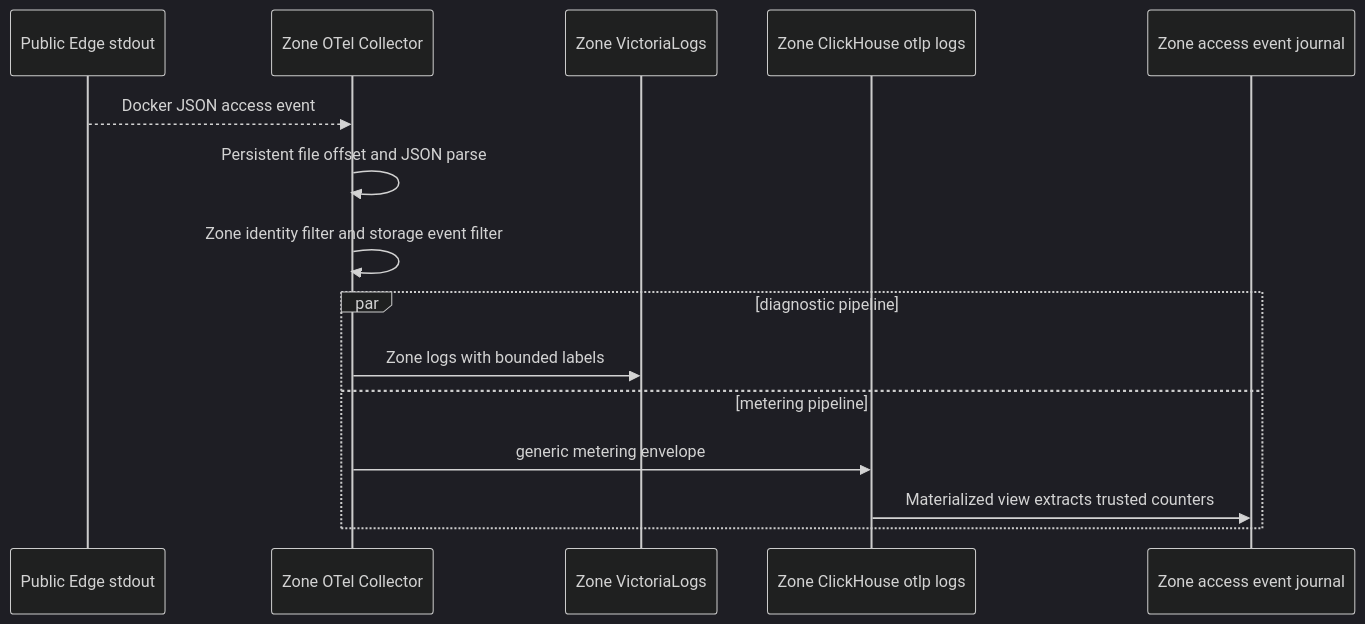
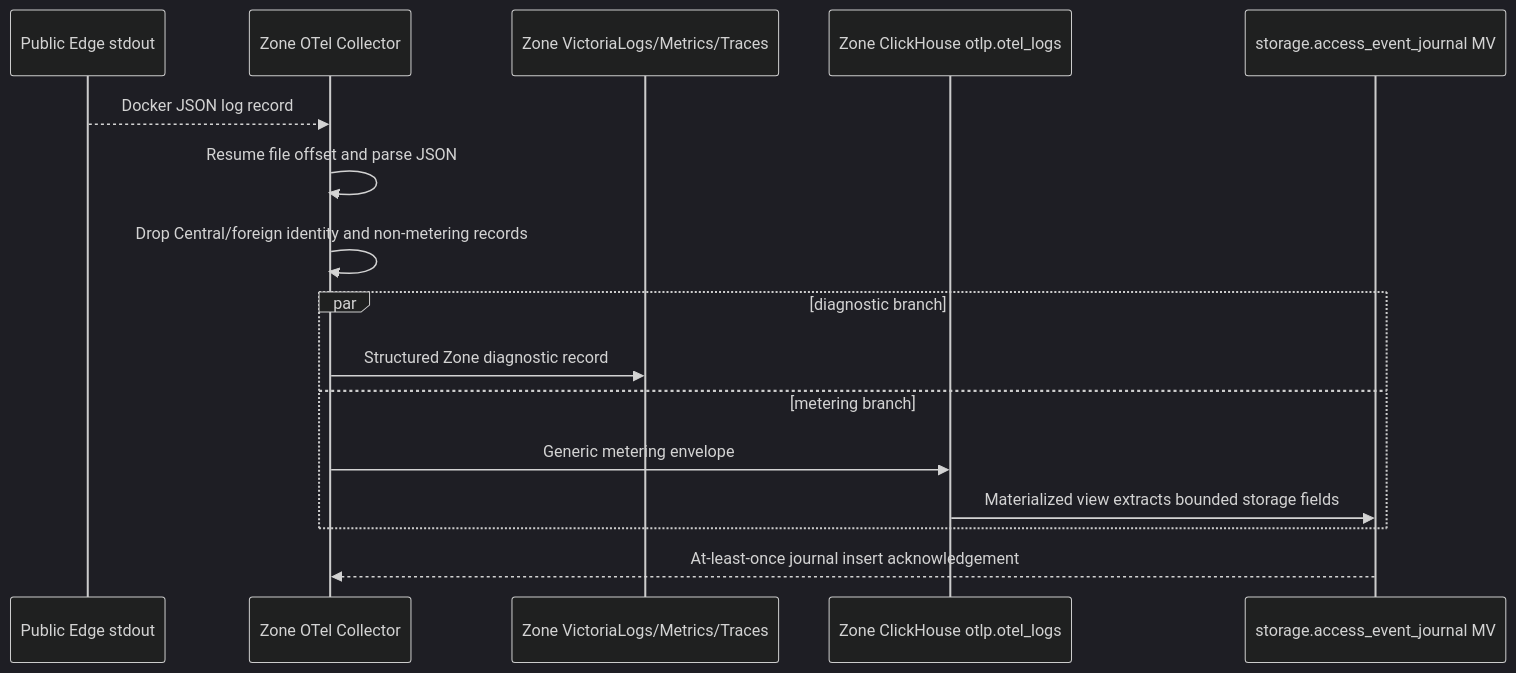
Before and after one commit to phucle996/aurora: the second of 5 diagrams in god_view/storage/storage_usage_report_publish_god_view_workflow.md, drawn with Mermaid (dark theme). The commit also changed other lines of this file and 59 other files, not shown here.

Commit message:
refactor: complete zone-local storage metering cutover

````diff
--- a/god_view/storage/storage_usage_report_publish_god_view_workflow.md
+++ b/god_view/storage/storage_usage_report_publish_god_view_workflow.md
@@ -92,18 +90,19 @@
 ```mermaid
 sequenceDiagram
-    participant E as Public Edge stdout
+    participant L as Public Edge stdout
     participant O as Zone OTel Collector
-    participant V as Zone VictoriaLogs
-    participant C as Zone ClickHouse otlp logs
-    participant J as Zone access event journal
+    participant V as Zone VictoriaLogs/Metrics/Traces
+    participant R as Zone ClickHouse otlp.otel_logs
+    participant J as storage.access_event_journal MV
 
-    E-->>O: Docker JSON access event
-    O->>O: Persistent file offset and JSON parse
-    O->>O: Zone identity filter and storage event filter
-    par diagnostic pipeline
-        O->>V: Zone logs with bounded labels
-    and metering pipeline
-        O->>C: generic metering envelope
-        C->>J: Materialized view extracts trusted counters
+    L-->>O: Docker JSON log record
+    O->>O: Resume file offset and parse JSON
+    O->>O: Drop Central/foreign identity and non-metering records
+    par diagnostic branch
+        O->>V: Structured Zone diagnostic record
+    and metering branch
+        O->>R: Generic metering envelope
+        R->>J: Materialized view extracts bounded storage fields
     end
+    J-->>O: At-least-once journal insert acknowledgement
 ```
````
